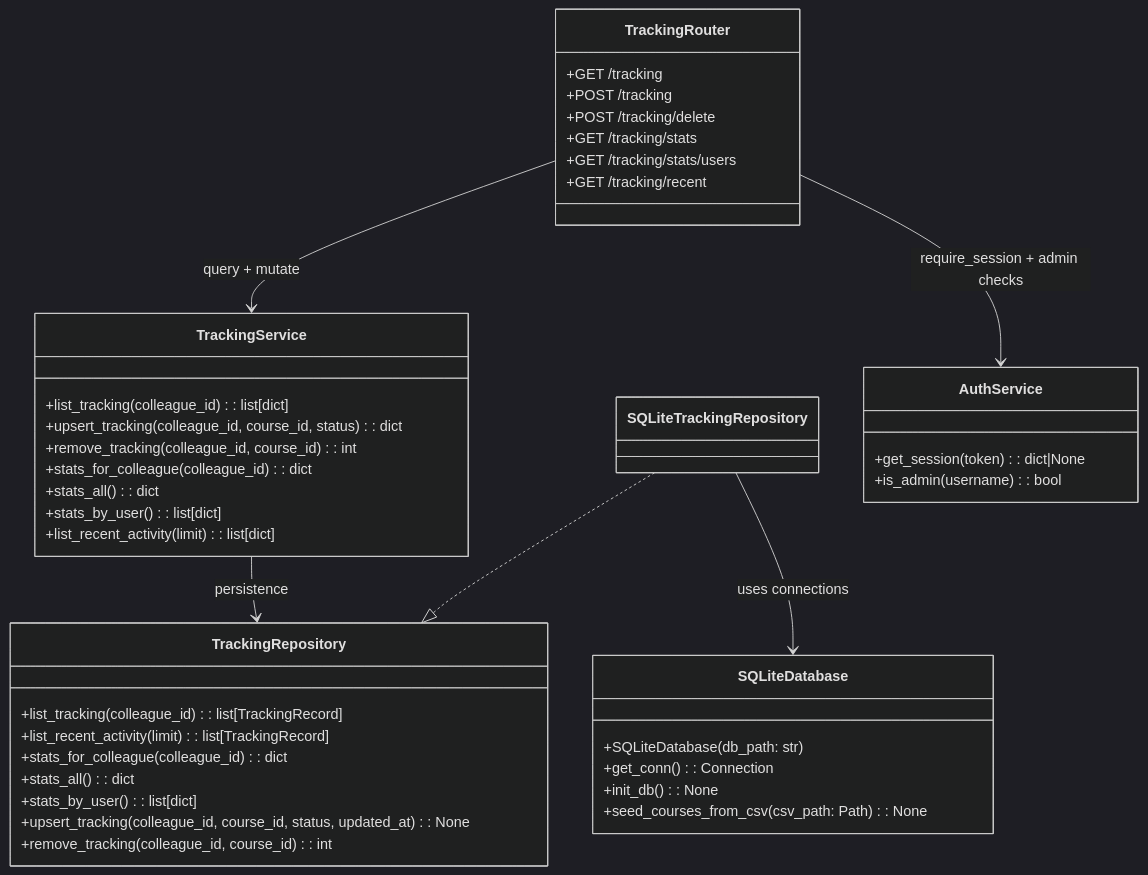
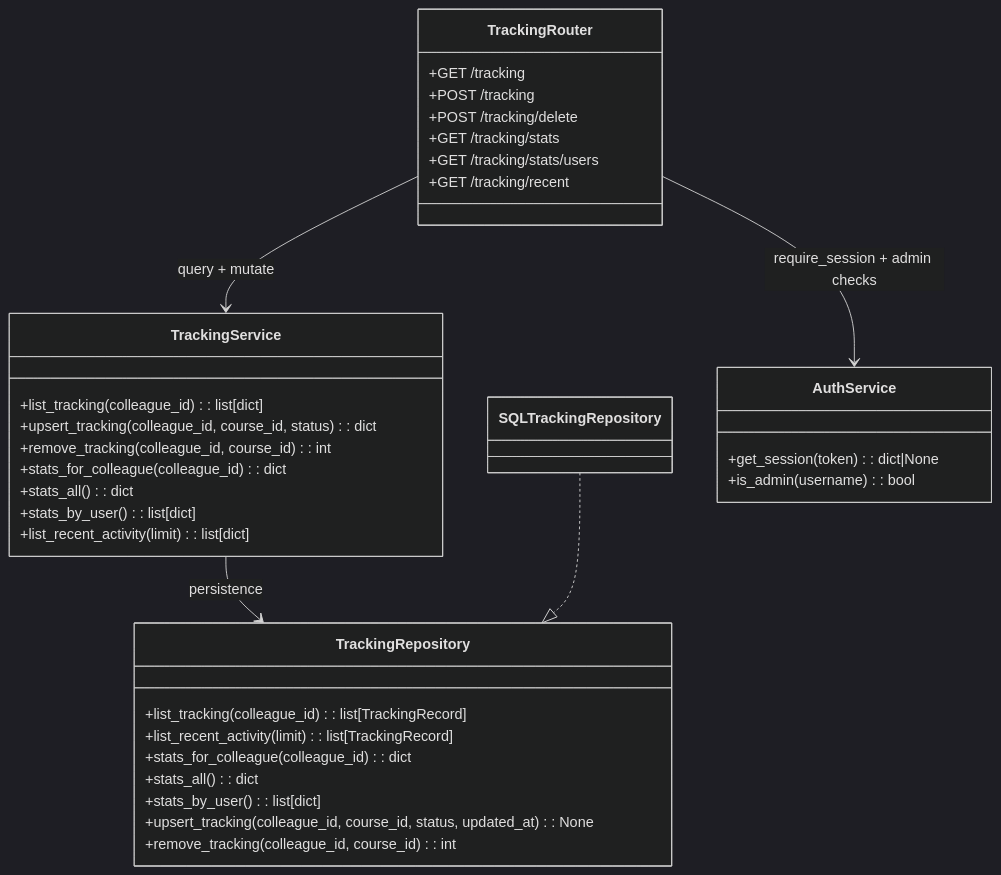
Diagram 12 of 13 in docs/architecture.md (JustinMelger/Upstream), drawn with Mermaid (dark theme) before and after one commit. The commit also changed other lines of this file and 66 other files, not shown here.

````diff
--- a/docs/architecture.md
+++ b/docs/architecture.md
@@ -457,52 +432,44 @@
 ```mermaid
 classDiagram
   class TrackingRouter {
     +GET /tracking
     +POST /tracking
     +POST /tracking/delete
     +GET /tracking/stats
     +GET /tracking/stats/users
     +GET /tracking/recent
   }
 
   class TrackingService {
     +list_tracking(colleague_id): list[dict]
     +upsert_tracking(colleague_id, course_id, status): dict
     +remove_tracking(colleague_id, course_id): int
     +stats_for_colleague(colleague_id): dict
     +stats_all(): dict
     +stats_by_user(): list[dict]
     +list_recent_activity(limit): list[dict]
   }
 
   class TrackingRepository {
     +list_tracking(colleague_id): list[TrackingRecord]
     +list_recent_activity(limit): list[TrackingRecord]
     +stats_for_colleague(colleague_id): dict
     +stats_all(): dict
     +stats_by_user(): list[dict]
     +upsert_tracking(colleague_id, course_id, status, updated_at): None
     +remove_tracking(colleague_id, course_id): int
   }
 
-  class SQLiteTrackingRepository {
+  class SQLTrackingRepository {
   }
 
   class AuthService {
     +get_session(token): dict|None
     +is_admin(username): bool
   }
 
-  class SQLiteDatabase {
-    +SQLiteDatabase(db_path: str)
-    +get_conn(): Connection
-    +init_db(): None
-    +seed_courses_from_csv(csv_path: Path): None
-  }
-
   TrackingRouter --> AuthService : require_session + admin checks
   TrackingRouter --> TrackingService : query + mutate
   TrackingService --> TrackingRepository : persistence
-  SQLiteTrackingRepository ..|> TrackingRepository
-  SQLiteTrackingRepository --> SQLiteDatabase : uses connections
+  SQLTrackingRepository ..|> TrackingRepository
 ```
````
